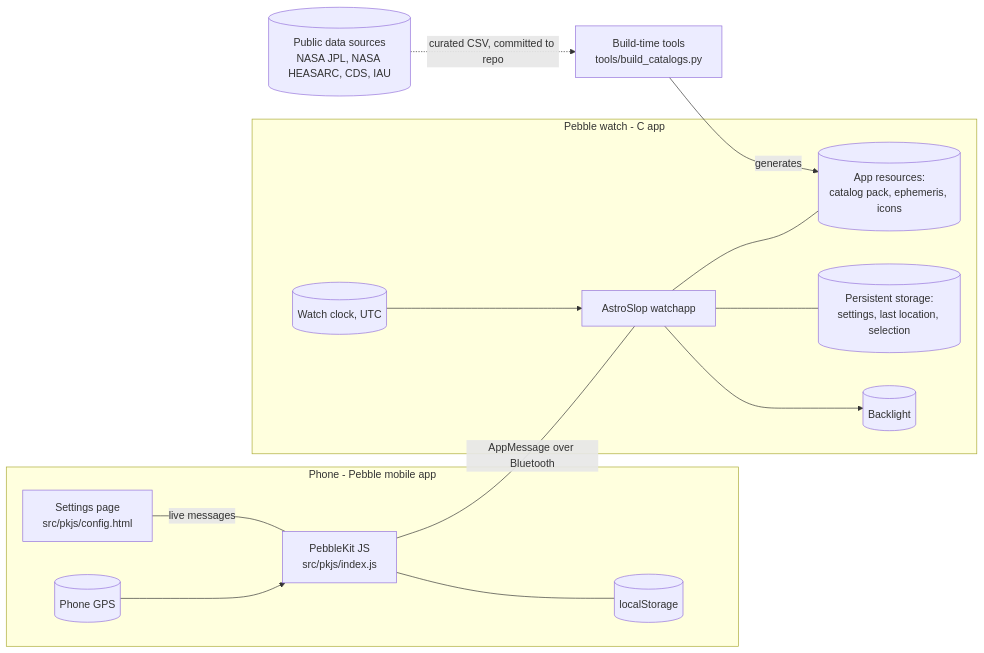
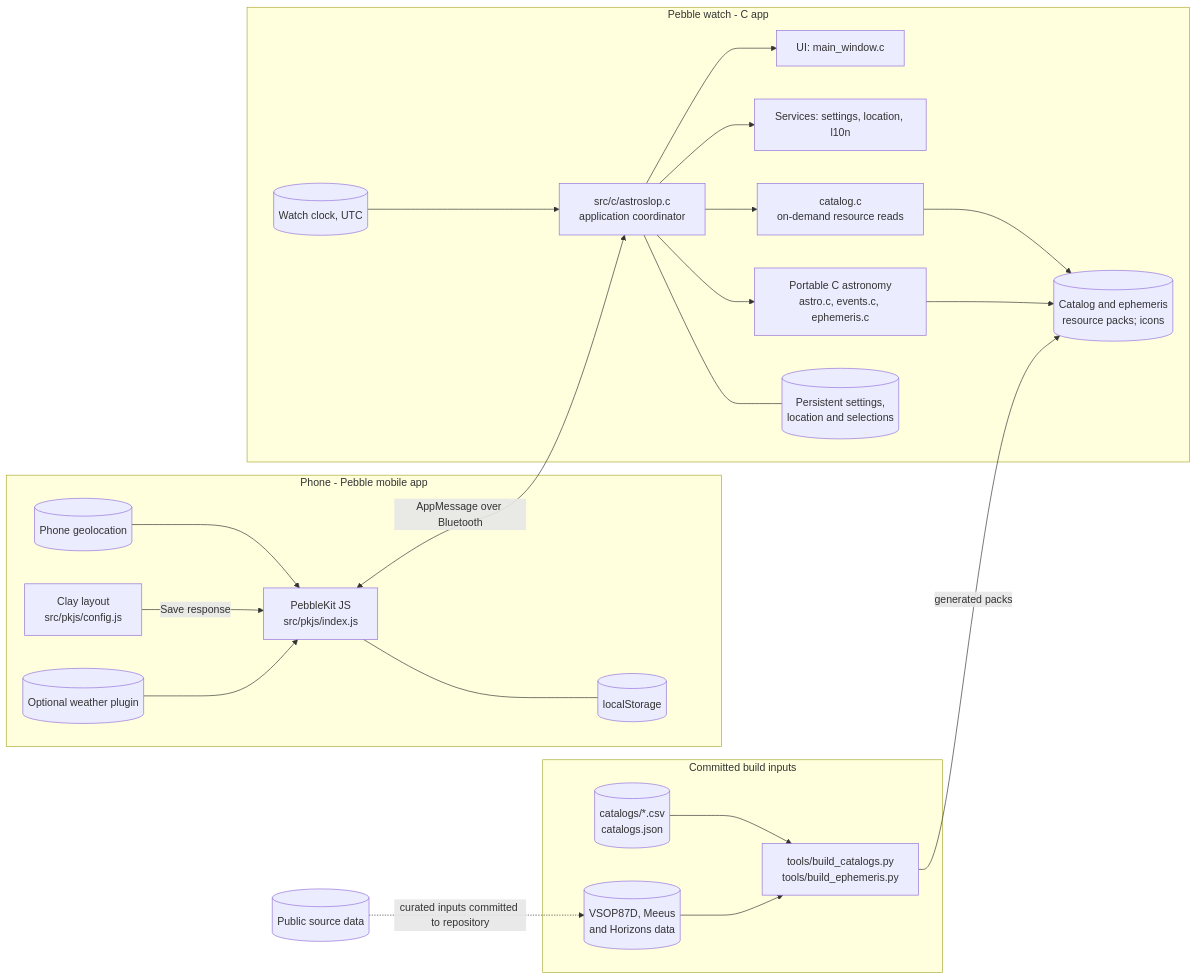
One commit to ewsandor/AstroSlop changed the first of 10 diagrams in docs/DESIGN.md. Above: the diagram before and after it, drawn with Mermaid. The commit also changed other lines of this file and 69 other files, not shown here.

````diff
--- a/docs/DESIGN.md
+++ b/docs/DESIGN.md
@@ -327,26 +315,42 @@
 ```mermaid
 flowchart LR
+    subgraph Sources["Committed build inputs"]
+        CATCSV[("catalogs/*.csv<br/>catalogs.json")]
+        EPHCSV[("VSOP87D, Meeus<br/>and Horizons data")]
+        TOOLS["tools/build_catalogs.py<br/>tools/build_ephemeris.py"]
+        CATCSV --> TOOLS
+        EPHCSV --> TOOLS
+    end
     subgraph Phone["Phone - Pebble mobile app"]
-        GPS[("Phone GPS")]
+        GPS[("Phone geolocation")]
         PKJS["PebbleKit JS<br/>src/pkjs/index.js"]
-        CFG["Settings page<br/>src/pkjs/config.html"]
+        CLAY["Clay layout<br/>src/pkjs/config.js"]
         LS[("localStorage")]
+        WEATHER[("Optional weather plugin")]
         GPS --> PKJS
-        CFG ---|"live messages"| PKJS
+        CLAY -->|"Save response"| PKJS
         PKJS --- LS
+        WEATHER --> PKJS
     end
     subgraph Watch["Pebble watch - C app"]
-        APP["AstroSlop watchapp"]
-        RES[("App resources:<br/>catalog pack, ephemeris, icons")]
-        PST[("Persistent storage:<br/>settings, last location, selection")]
+        APP["src/c/astroslop.c<br/>application coordinator"]
+        UI["UI: main_window.c"]
+        SERVICES["Services: settings, location, l10n"]
+        CATALOG["catalog.c<br/>on-demand resource reads"]
+        ASTRO["Portable C astronomy<br/>astro.c, events.c, ephemeris.c"]
+        RES[("Catalog and ephemeris<br/>resource packs; icons")]
+        PST[("Persistent settings,<br/>location and selections")]
         RTC[("Watch clock, UTC")]
-        LED[("Backlight")]
-        APP --- RES
+        APP --> UI
+        APP --> SERVICES
+        APP --> CATALOG
+        APP --> ASTRO
+        CATALOG --> RES
+        ASTRO --> RES
         APP --- PST
         RTC --> APP
-        APP --> LED
     end
-    PKJS ---|"AppMessage over Bluetooth"| APP
-    BUILD["Build-time tools<br/>tools/build_catalogs.py"] -->|"generates"| RES
-    DATA[("Public data sources<br/>NASA JPL, NASA HEASARC, CDS, IAU")] -.->|"curated CSV, committed to repo"| BUILD
+    TOOLS -->|"generated packs"| RES
+    PKJS <-->|"AppMessage over Bluetooth"| APP
+    DATA[("Public source data")] -.->|"curated inputs committed to repository"| EPHCSV
 ```
````
